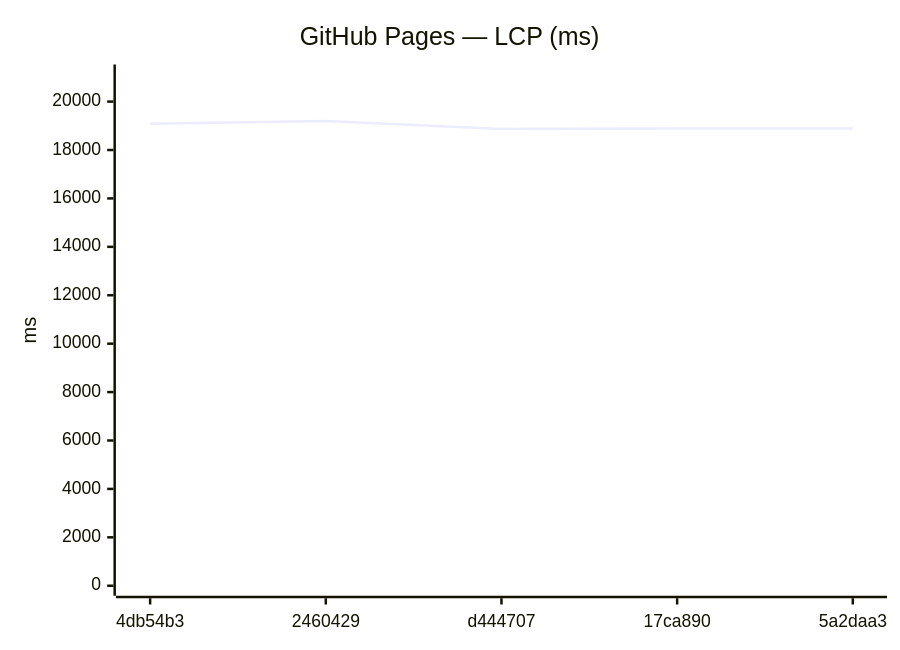
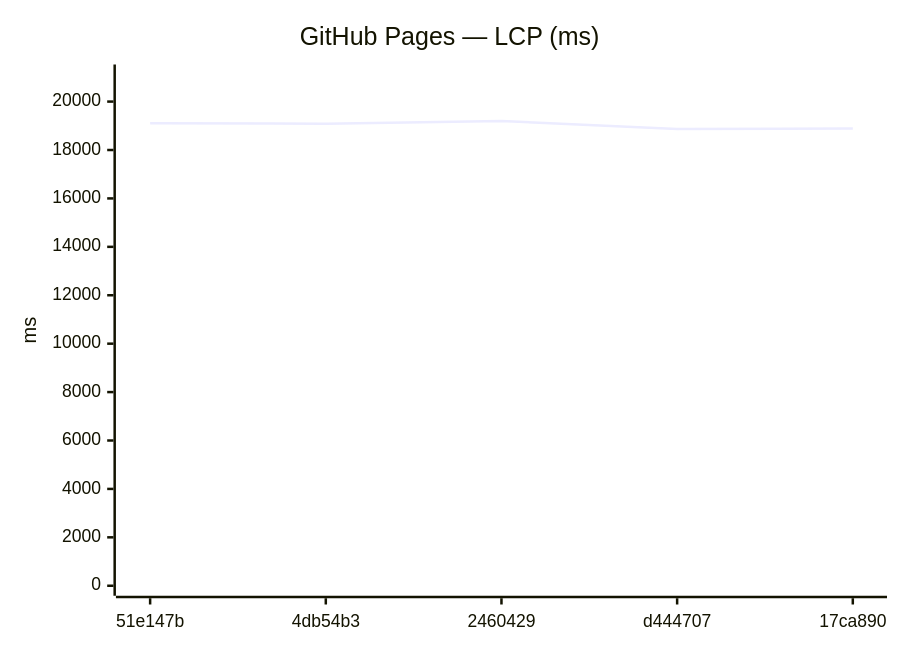
The ninth of 18 diagrams in benchmarks/compare.md (Metaheurist/Rianell), drawn with Mermaid before and after one commit. The commit also changed other lines of this file and 11 other files, not shown here.

````diff
--- a/benchmarks/compare.md
+++ b/benchmarks/compare.md
@@ -142,7 +142,7 @@
 ```mermaid
 xychart-beta
     title "GitHub Pages — LCP (ms)"
-    x-axis ["4db54b3", "2460429", "d444707", "17ca890", "5a2daa3"]
+    x-axis ["51e147b", "4db54b3", "2460429", "d444707", "17ca890"]
     y-axis "ms" 0 --> 21119
-    line [19086, 19199, 18871, 18888, 18892]
+    line [19101, 19086, 19199, 18871, 18888]
 ```
````
